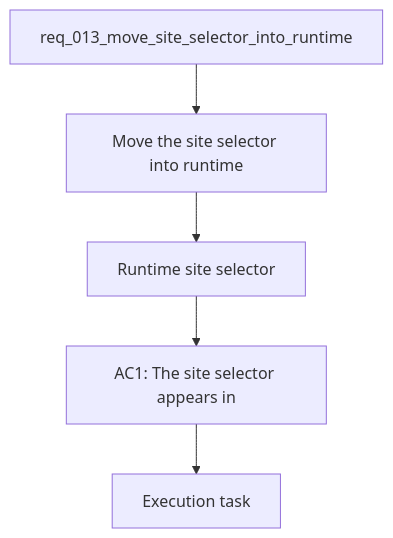
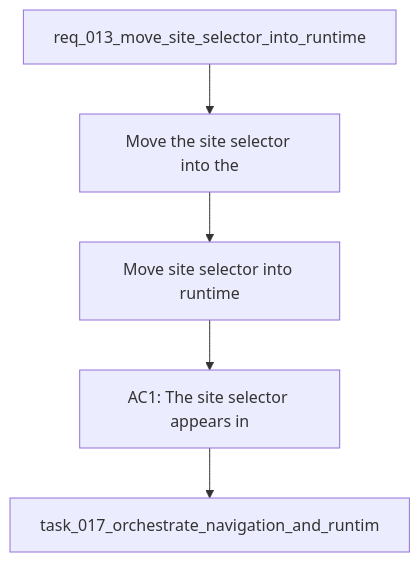
Before and after one commit to AlexAgo83/deepvault: the diagram in logics/backlog/item_044_move_site_selector_into_runtime.md, drawn with Mermaid. The commit also changed 57 other files, not shown here.

````diff
--- a/logics/backlog/item_044_move_site_selector_into_runtime.md
+++ b/logics/backlog/item_044_move_site_selector_into_runtime.md
@@ -23,9 +23,9 @@
 ```mermaid
 %% logics-kind: backlog
-%% logics-signature: backlog|move-site-selector-into-runtime|req-013-move-site-selector-into-runtim|move-the-site-selector-into-the|ac1-the-site-selector-appears-in
+%% logics-signature: backlog|move-site-selector-into-runtime|req-013-move-site-selector-into-runtime|move-the-site-selector-into-the|ac1-the-site-selector-appears-in
 flowchart TD
-    Request[req_013_move_site_selector_into_runtime] --> Problem[Move the site selector into runtime]
-    Problem --> Scope[Runtime site selector]
+    Request[req_013_move_site_selector_into_runtime] --> Problem[Move the site selector into the]
+    Problem --> Scope[Move site selector into runtime]
     Scope --> Acceptance[AC1: The site selector appears in]
-    Acceptance --> Tasks[Execution task]
+    Acceptance --> Tasks[task_017_orchestrate_navigation_and_runtim]
 ```
````
